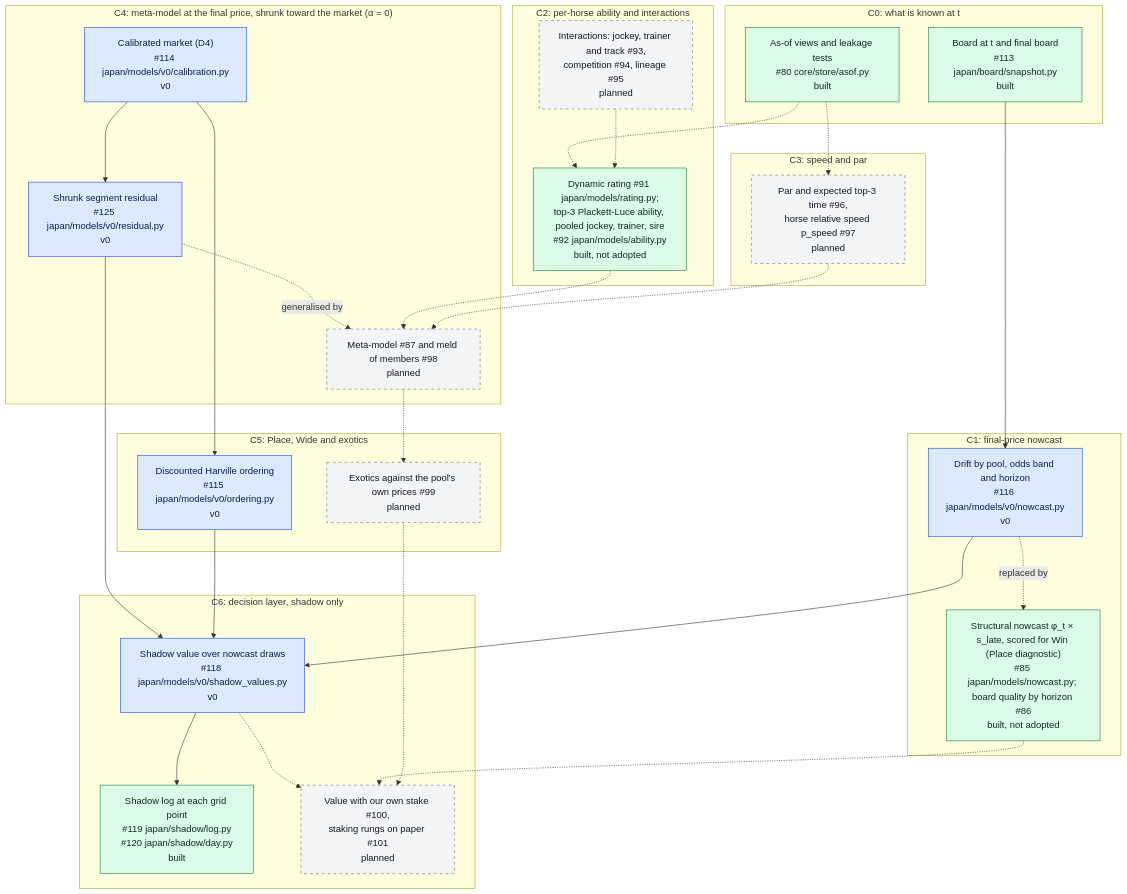
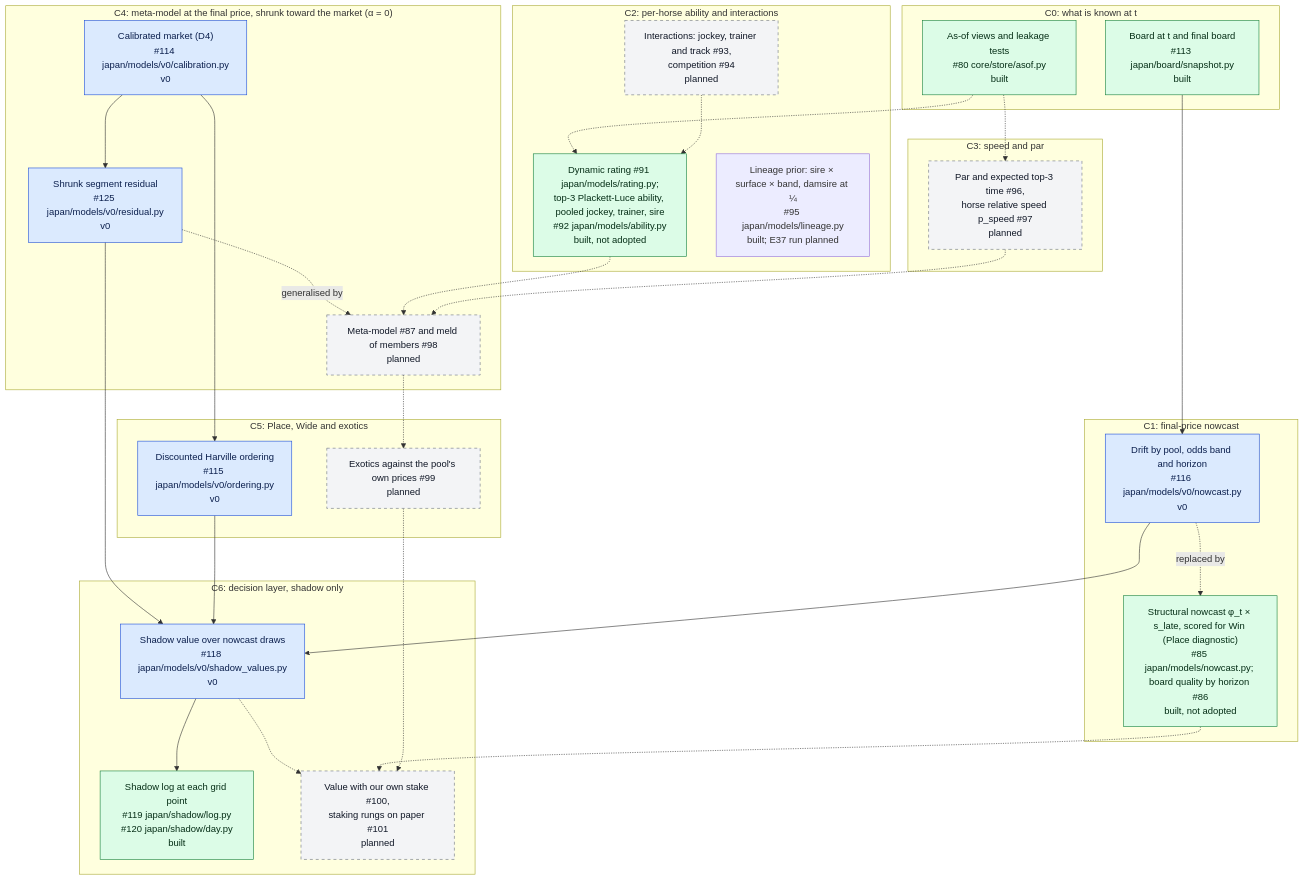
One commit to rjeskuri/HorseTrackBetting changed the second of 6 diagrams in docs/modeling.md. Above: the diagram before and after it, drawn with Mermaid. The commit also changed other lines of this file and 4 other files, not shown here.

````diff
--- a/docs/modeling.md
+++ b/docs/modeling.md
@@ -71,57 +71,58 @@
 ```mermaid
 flowchart TB
     subgraph L0["C0: what is known at t"]
         ASOF["As-of views and leakage tests<br/>#80 core/store/asof.py<br/>built"]
         BOARD["Board at t and final board<br/>#113 japan/board/snapshot.py<br/>built"]
     end
     subgraph L1["C1: final-price nowcast"]
         NC0["Drift by pool, odds band and horizon<br/>#116 japan/models/v0/nowcast.py<br/>v0"]
         NC1["Structural nowcast φ_t × s_late, scored for Win (Place diagnostic)<br/>#85 japan/models/nowcast.py; board quality by horizon #86<br/>built, not adopted"]
     end
     subgraph L2["C2: per-horse ability and interactions"]
         ABIL["Dynamic rating #91 japan/models/rating.py;<br/>top-3 Plackett-Luce ability, pooled jockey, trainer, sire<br/>#92 japan/models/ability.py<br/>built, not adopted"]
-        INTR["Interactions: jockey, trainer and track #93,<br/>competition #94, lineage #95<br/>planned"]
+        INTR["Interactions: jockey, trainer and track #93,<br/>competition #94<br/>planned"]
+        LIN["Lineage prior: sire × surface × band, damsire at ¼<br/>#95 japan/models/lineage.py<br/>built; E37 run planned"]
     end
     subgraph L3["C3: speed and par"]
         SPEED["Par and expected top-3 time #96,<br/>horse relative speed p_speed #97<br/>planned"]
     end
     subgraph L4["C4: meta-model at the final price, shrunk toward the market (α = 0)"]
         CAL["Calibrated market (D4)<br/>#114 japan/models/v0/calibration.py<br/>v0"]
         RES["Shrunk segment residual<br/>#125 japan/models/v0/residual.py<br/>v0"]
         META["Meta-model #87 and meld of members #98<br/>planned"]
     end
     subgraph L5["C5: Place, Wide and exotics"]
         ORD["Discounted Harville ordering<br/>#115 japan/models/v0/ordering.py<br/>v0"]
         EXO["Exotics against the pool's own prices #99<br/>planned"]
     end
     subgraph L6["C6: decision layer, shadow only"]
         SV["Shadow value over nowcast draws<br/>#118 japan/models/v0/shadow_values.py<br/>v0"]
         SLOG["Shadow log at each grid point<br/>#119 japan/shadow/log.py<br/>#120 japan/shadow/day.py<br/>built"]
         STAKE["Value with our own stake #100,<br/>staking rungs on paper #101<br/>planned"]
     end
     BOARD --> NC0
     NC0 -.->|"replaced by"| NC1
     ASOF -.-> ABIL
     INTR -.-> ABIL
     ASOF -.-> SPEED
     CAL --> RES
     CAL --> ORD
     RES -.->|"generalised by"| META
     ABIL -.-> META
     SPEED -.-> META
     META -.-> EXO
     RES --> SV
     ORD --> SV
     NC0 --> SV
     SV --> SLOG
     SV -.-> STAKE
     NC1 -.-> STAKE
     EXO -.-> STAKE
 
     classDef v0 fill:#dbeafe,stroke:#1d4ed8,color:#0b1f4d
     classDef built fill:#dcfce7,stroke:#15803d,color:#052e16
     classDef planned fill:#f3f4f6,stroke:#6b7280,stroke-dasharray: 5 5,color:#111827
     class NC0,CAL,RES,ORD,SV v0
     class ASOF,BOARD,SLOG,NC1,ABIL built
     class INTR,SPEED,META,EXO,STAKE planned
 ```
````
